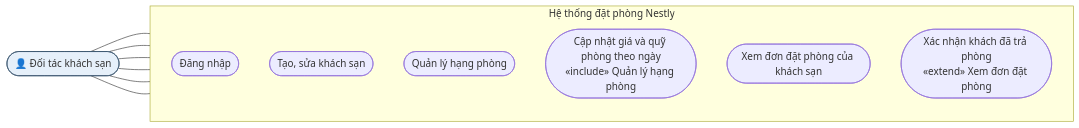
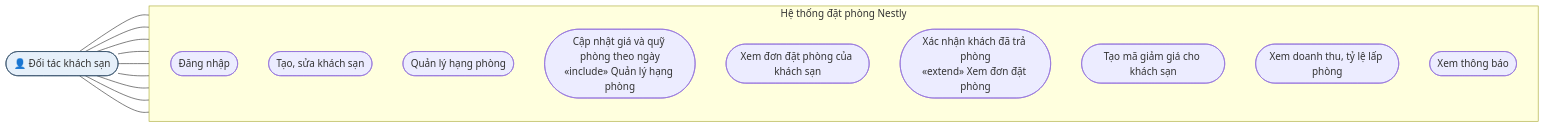
One commit to Guarz/010100086404-DoAnChuyenNganh changed the third of 6 diagrams in docs/mermaid-bao-cao.md. Above: the diagram before and after it, drawn with Mermaid. The commit also changed other lines of this file and 87 other files, not shown here.

First line of the commit message:
Embedding Ollama bge-m3, yêu thích, mã giảm giá, MoMo, thông báo, thống kê, xuất báo cáo; chatbot hiểu xe đưa đón và tỉnh

````diff
--- a/docs/mermaid-bao-cao.md
+++ b/docs/mermaid-bao-cao.md
@@ -53,20 +65,26 @@
 ```mermaid
 flowchart LR
     A(["👤 Đối tác khách sạn"])
     subgraph S["Hệ thống đặt phòng Nestly"]
         direction TB
         U0(["Đăng nhập"])
         U1(["Tạo, sửa khách sạn"])
         U2(["Quản lý hạng phòng"])
         U3(["Cập nhật giá và quỹ phòng theo ngày<br/>«include» Quản lý hạng phòng"])
         U4(["Xem đơn đặt phòng của khách sạn"])
         U5(["Xác nhận khách đã trả phòng<br/>«extend» Xem đơn đặt phòng"])
+        U6(["Tạo mã giảm giá cho khách sạn"])
+        U7(["Xem doanh thu, tỷ lệ lấp phòng"])
+        U8(["Xem thông báo"])
     end
     A --- U0
     A --- U1
     A --- U2
     A --- U3
     A --- U4
     A --- U5
+    A --- U6
+    A --- U7
+    A --- U8
     style A fill:#e6f0fa,stroke:#37526b
 ```
````
